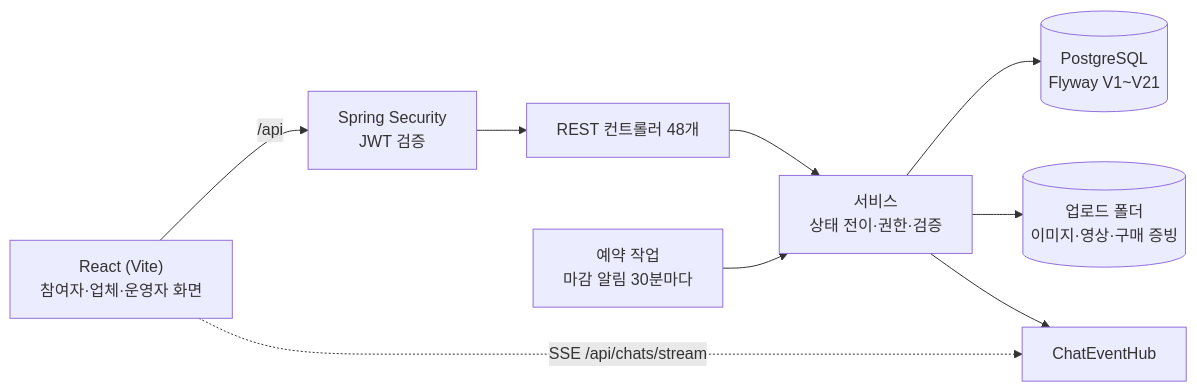
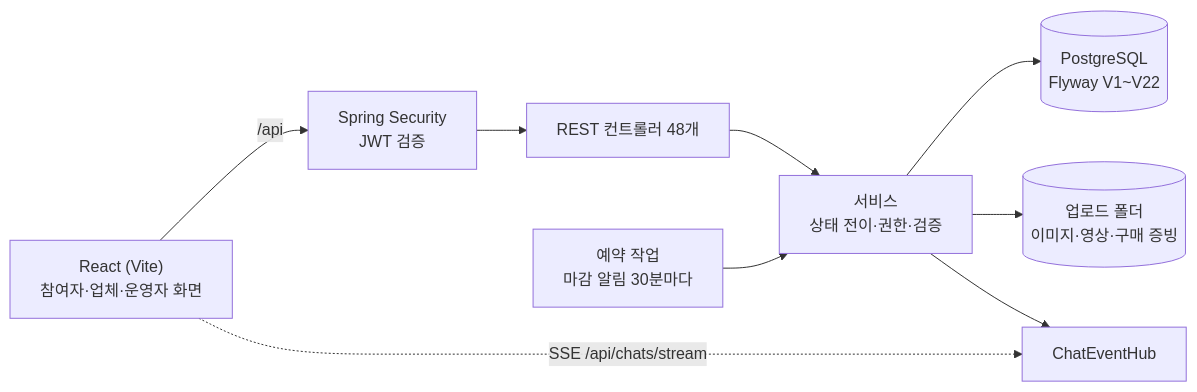
One commit to yoo-jin-k/movrit-backend changed the first of 2 diagrams in README.md. Above: the diagram before and after it, drawn with Mermaid. The commit also changed other lines of this file and 25 other files, not shown here.

````diff
--- a/README.md
+++ b/README.md
@@ -73,10 +73,10 @@
 ```mermaid
 flowchart LR
   FE["React (Vite)<br/>참여자·업체·운영자 화면"] -- "/api" --> SEC["Spring Security<br/>JWT 검증"]
   FE -. "SSE /api/chats/stream" .-> CHAT["ChatEventHub"]
   SEC --> API["REST 컨트롤러 48개"] --> SVC["서비스<br/>상태 전이·권한·검증"]
-  SVC --> DB[("PostgreSQL<br/>Flyway V1~V21")]
+  SVC --> DB[("PostgreSQL<br/>Flyway V1~V22")]
   SVC --> FS[("업로드 폴더<br/>이미지·영상·구매 증빙")]
   SVC --> CHAT
   JOB["예약 작업<br/>마감 알림 30분마다"] --> SVC
 ```
````
